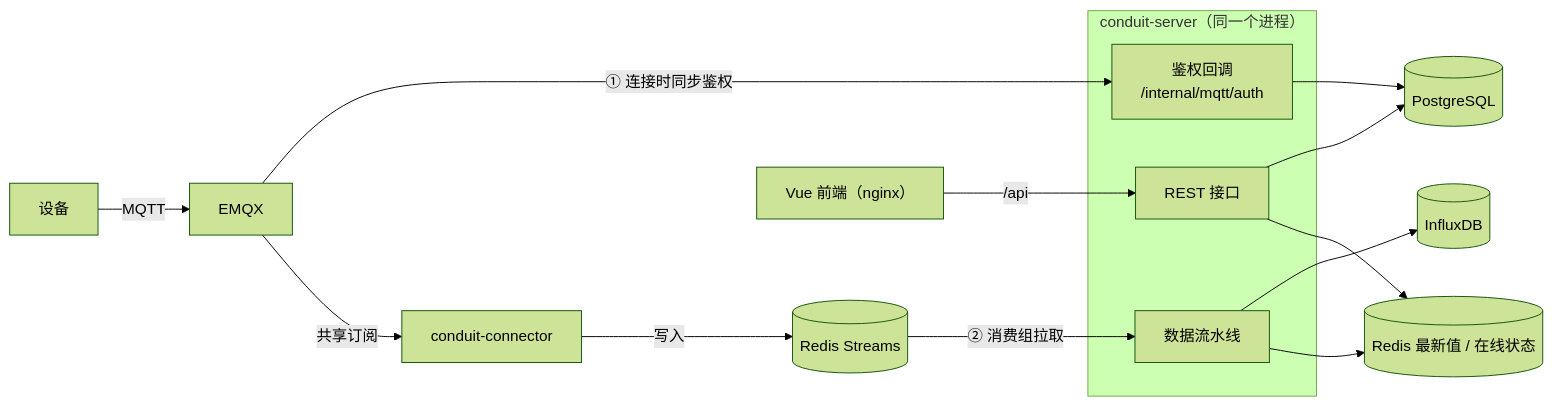
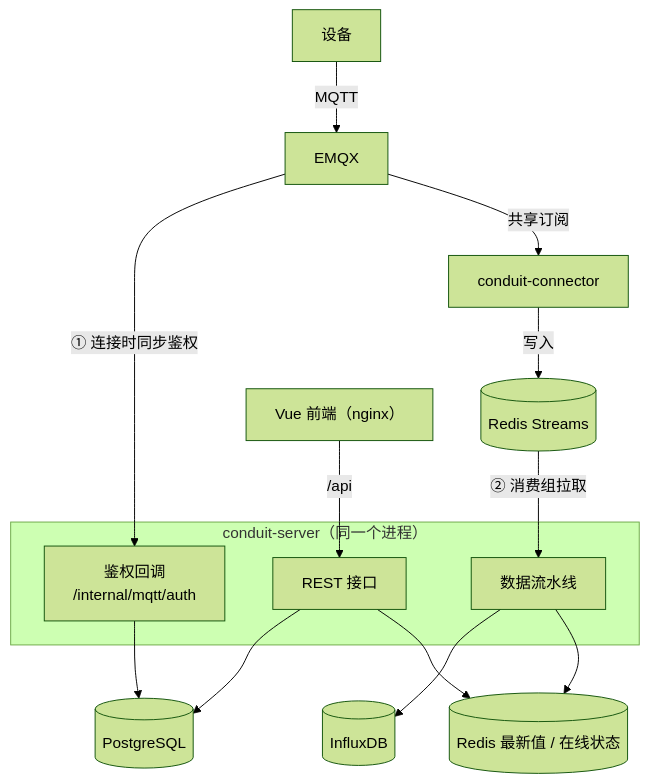
One commit to Clarence404/Conduit changed the diagram in README.md. Above: the diagram before and after it, drawn with Mermaid (forest theme).

Commit message:
docs: lay out architecture diagram top-to-bottom for readability

````diff
--- a/README.md
+++ b/README.md
@@ -11,19 +11,19 @@
 ```mermaid
-flowchart LR
+flowchart TB
     D[设备] -->|MQTT| E[EMQX]
     E -->|"① 连接时同步鉴权"| A
     E -->|共享订阅| C[conduit-connector]
     C -->|写入| R[(Redis Streams)]
     R -->|"② 消费组拉取"| P
     subgraph S["conduit-server（同一个进程）"]
         A["鉴权回调<br/>/internal/mqtt/auth"]
         P[数据流水线]
         API[REST 接口]
     end
     A --> PG[(PostgreSQL)]
     P --> IF[(InfluxDB)]
     P --> RD[(Redis 最新值 / 在线状态)]
     API --> PG
     API --> RD
     W["Vue 前端（nginx）"] -->|/api| API
 ```
````
